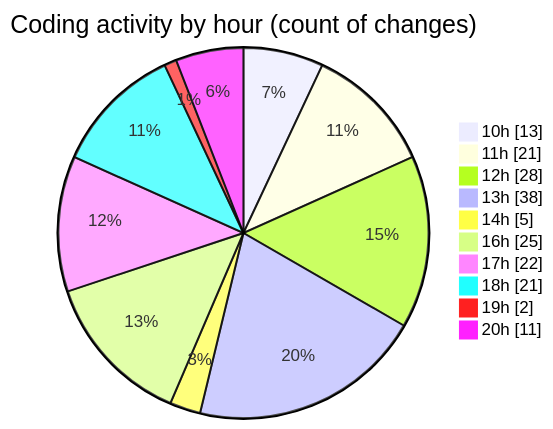
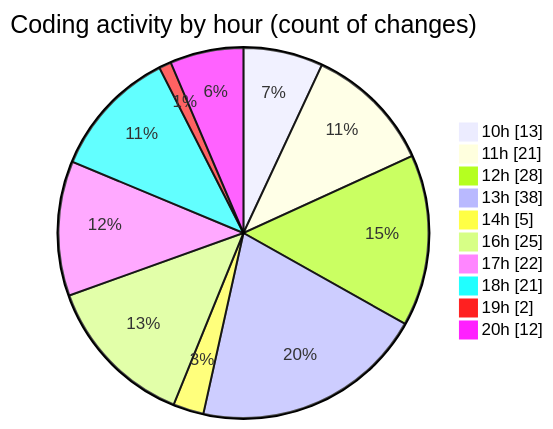
One commit to momahboobian/code-tracking changed the second of 2 diagrams in 2025-06-19/cda/README.md. Above: the diagram before and after it, drawn with Mermaid. The commit also changed other lines of this file and 1 other file, not shown here.

````diff
--- a/2025-06-19/cda/README.md
+++ b/2025-06-19/cda/README.md
@@ -49,14 +49,14 @@
 ```mermaid
 pie showData
 title Coding activity by hour (count of changes)
 "10h" : 13
 "11h" : 21
 "12h" : 28
 "13h" : 38
 "14h" : 5
 "16h" : 25
 "17h" : 22
 "18h" : 21
 "19h" : 2
-"20h" : 11
+"20h" : 12
 ```
````
